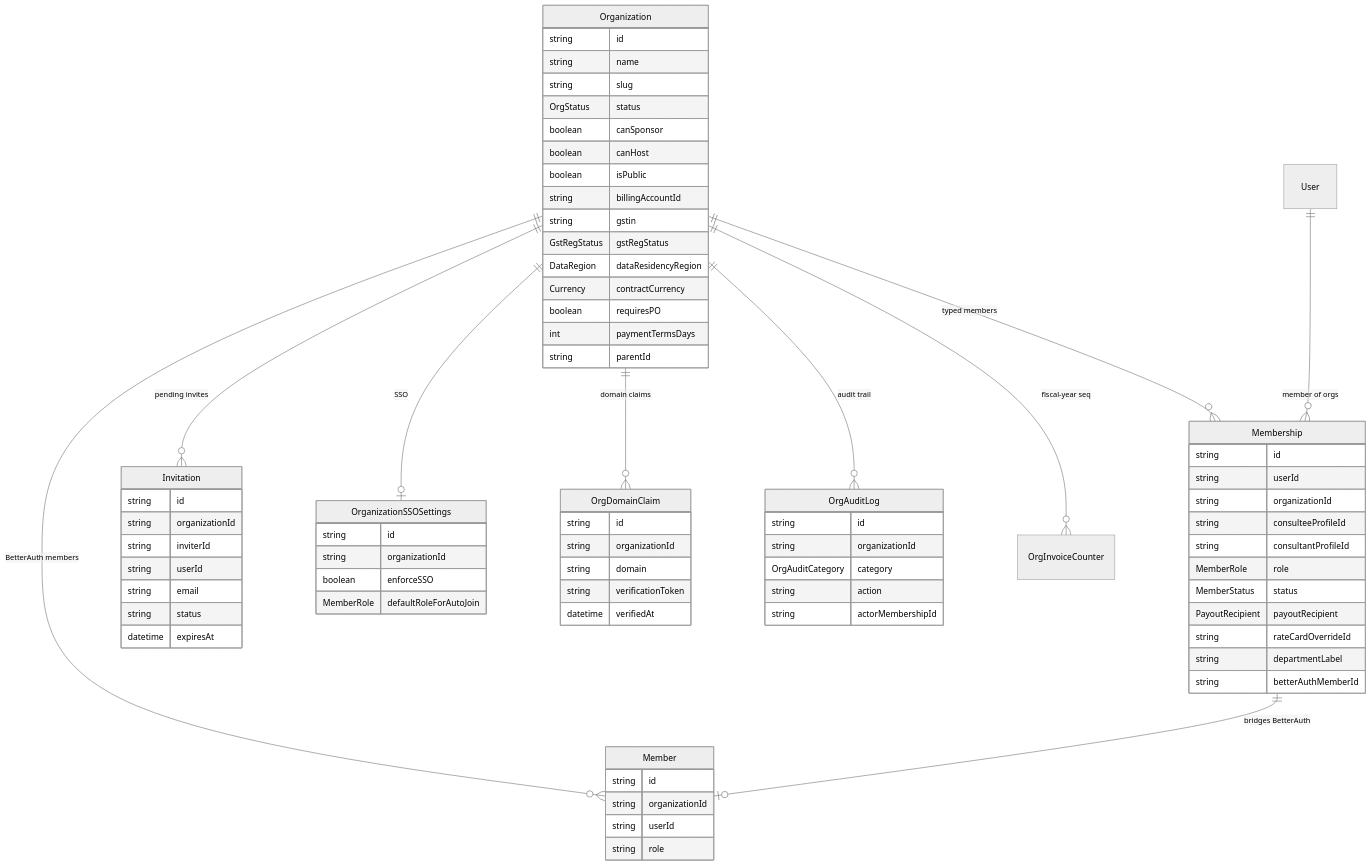
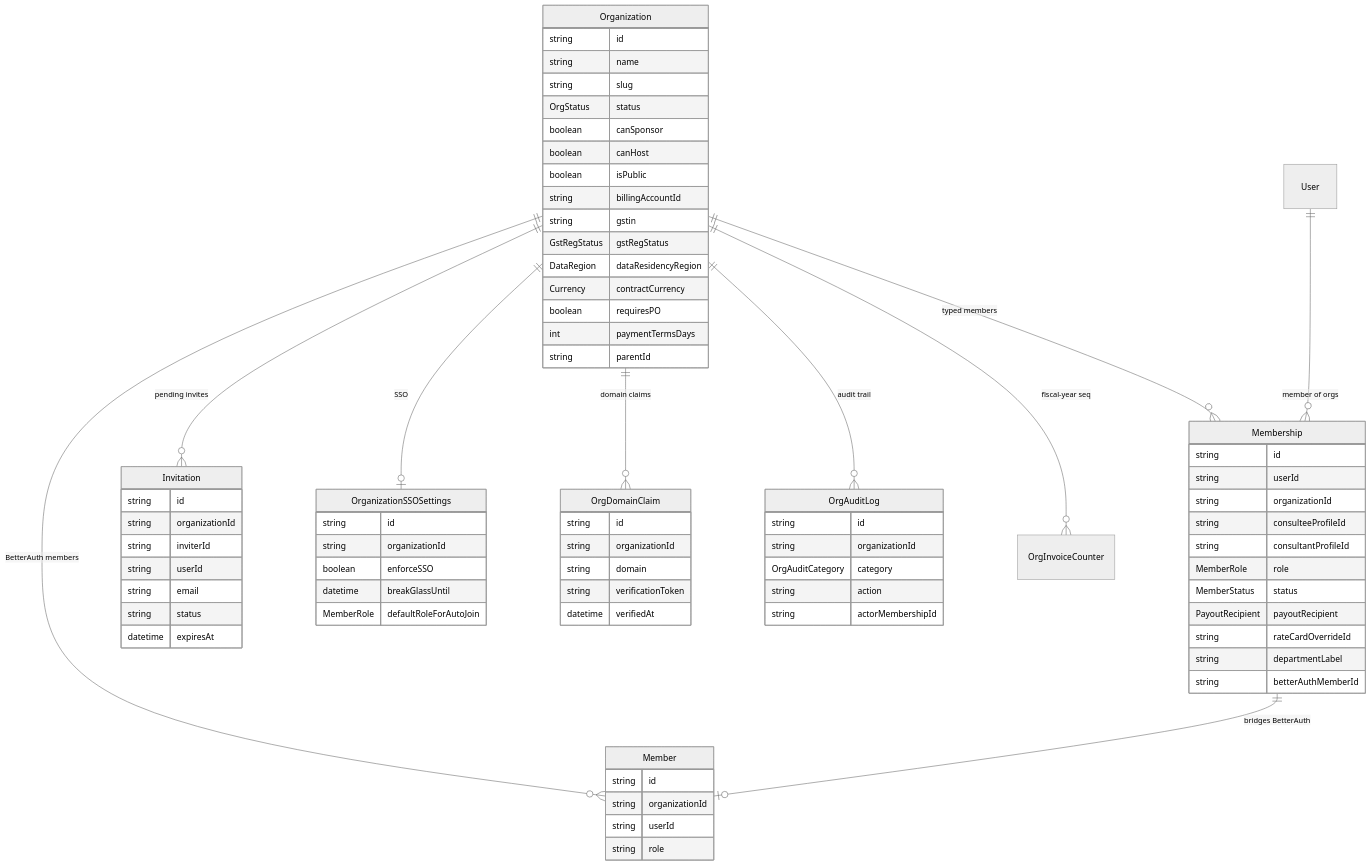
Before and after one commit to Practitionist/familiarise_web: diagram 18 of 24 in SCHEMA_MAP.md, drawn with Mermaid (neutral theme). The commit also changed other lines of this file and 46 other files, not shown here.

````diff
--- a/SCHEMA_MAP.md
+++ b/SCHEMA_MAP.md
@@ -1153,78 +1190,79 @@
 ```mermaid
 erDiagram
     Organization {
         string id
         string name
         string slug
         OrgStatus status
         boolean canSponsor
         boolean canHost
         boolean isPublic
         string billingAccountId
         string gstin
         GstRegStatus gstRegStatus
         DataRegion dataResidencyRegion
         Currency contractCurrency
         boolean requiresPO
         int paymentTermsDays
         string parentId
     }
     Membership {
         string id
         string userId
         string organizationId
         string consulteeProfileId
         string consultantProfileId
         MemberRole role
         MemberStatus status
         PayoutRecipient payoutRecipient
         string rateCardOverrideId
         string departmentLabel
         string betterAuthMemberId
     }
     Member {
         string id
         string organizationId
         string userId
         string role
     }
     Invitation {
         string id
         string organizationId
         string inviterId
         string userId
         string email
         string status
         datetime expiresAt
     }
     OrganizationSSOSettings {
         string id
         string organizationId
         boolean enforceSSO
+        datetime breakGlassUntil
         MemberRole defaultRoleForAutoJoin
     }
     OrgDomainClaim {
         string id
         string organizationId
         string domain
         string verificationToken
         datetime verifiedAt
     }
     OrgAuditLog {
         string id
         string organizationId
         OrgAuditCategory category
         string action
         string actorMembershipId
     }
 
     Organization ||--o{ Membership : "typed members"
     Organization ||--o{ Member : "BetterAuth members"
     Organization ||--o{ Invitation : "pending invites"
     Organization ||--o| OrganizationSSOSettings : "SSO"
     Organization ||--o{ OrgDomainClaim : "domain claims"
     Organization ||--o{ OrgAuditLog : "audit trail"
     Organization ||--o{ OrgInvoiceCounter : "fiscal-year seq"
     User ||--o{ Membership : "member of orgs"
     Membership ||--o| Member : "bridges BetterAuth"
 ```
````
